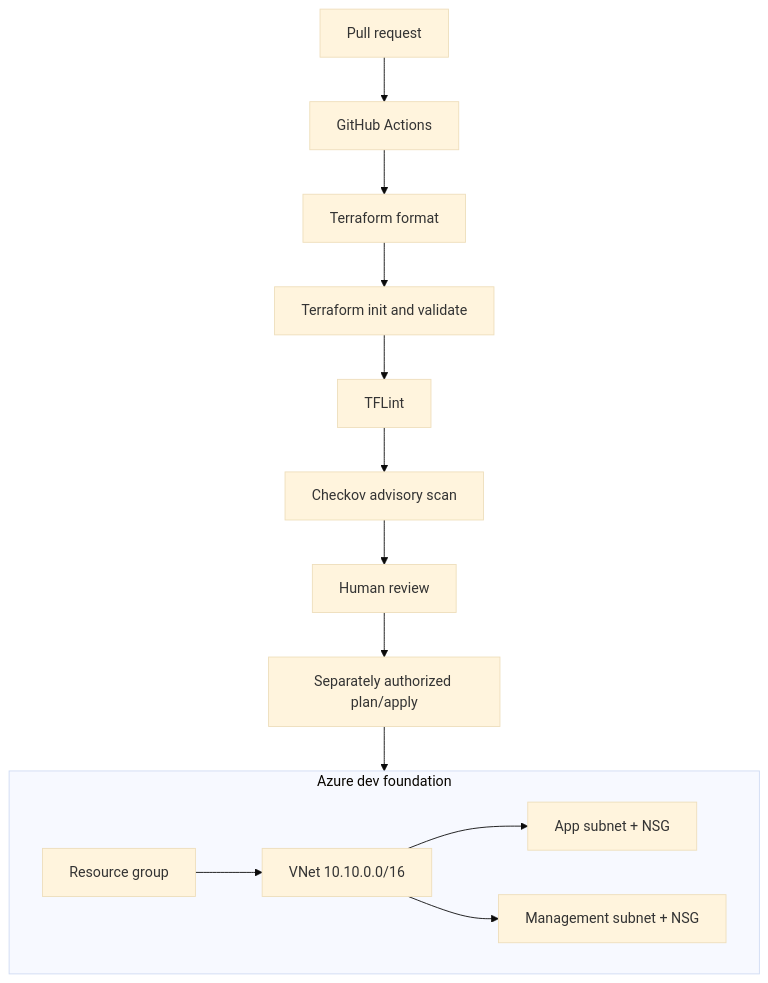
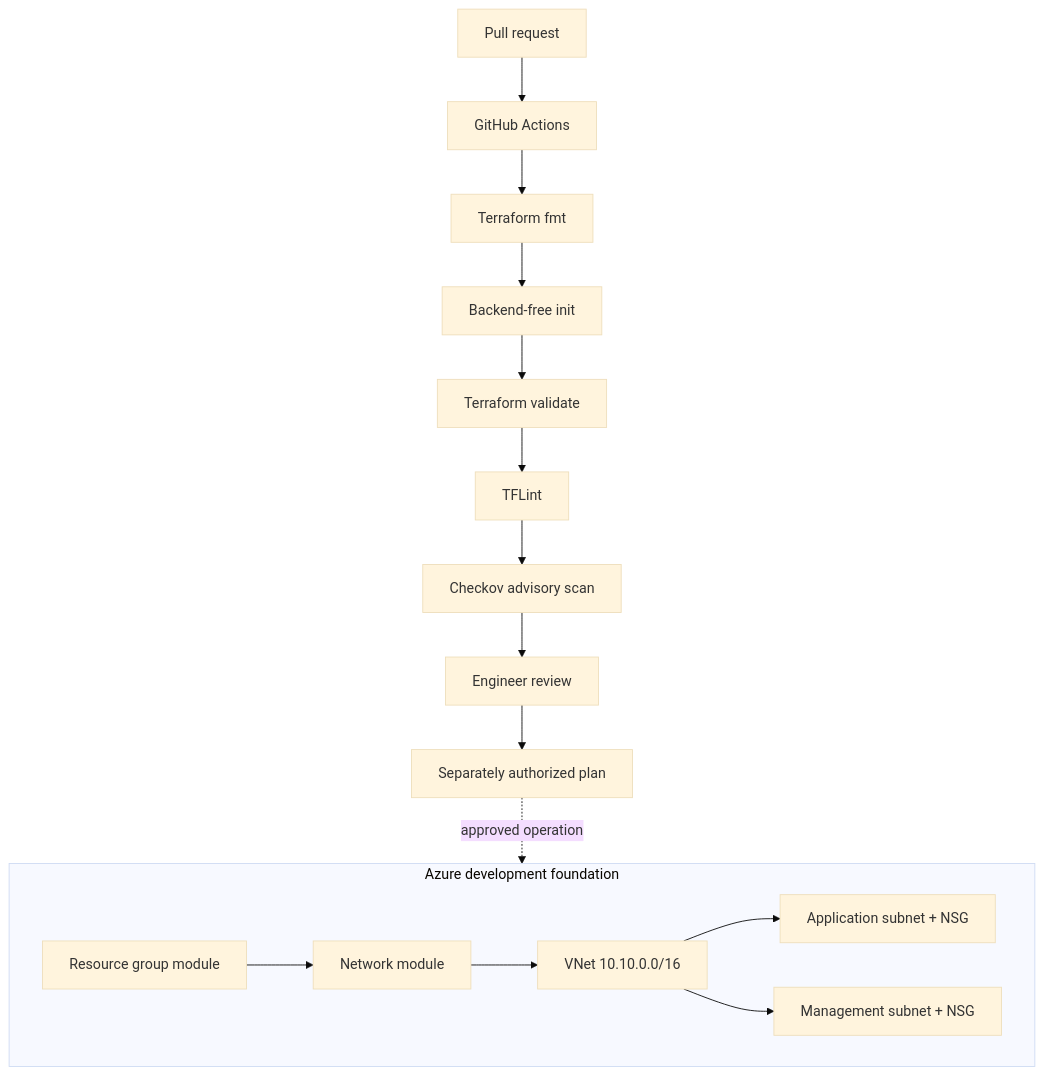
Before and after one commit to haqueamir70-coder/azure-enterprise-devsecops-platform: the diagram in README.md, drawn with Mermaid (base theme). The commit also changed other lines of this file, not shown here.

````diff
--- a/README.md
+++ b/README.md
@@ -19,20 +27,22 @@
 ```mermaid
 flowchart TB
   PR[Pull request] --> CI[GitHub Actions]
-  CI --> FMT[Terraform format]
-  FMT --> VAL[Terraform init and validate]
-  VAL --> LINT[TFLint]
-  LINT --> SCAN[Checkov advisory scan]
-  SCAN --> REVIEW[Human review]
-  REVIEW --> PLAN[Separately authorized plan/apply]
-  subgraph Azure[Azure dev foundation]
-    RG[Resource group]
+  CI --> Fmt[Terraform fmt]
+  Fmt --> Init[Backend-free init]
+  Init --> Validate[Terraform validate]
+  Validate --> Lint[TFLint]
+  Lint --> Scan[Checkov advisory scan]
+  Scan --> Review[Engineer review]
+  Review --> Plan[Separately authorized plan]
+  subgraph Azure[Azure development foundation]
+    RG[Resource group module]
+    Net[Network module]
     VNet[VNet 10.10.0.0/16]
-    App[App subnet + NSG]
+    App[Application subnet + NSG]
     Mgmt[Management subnet + NSG]
-    RG --> VNet
+    RG --> Net --> VNet
     VNet --> App
     VNet --> Mgmt
   end
-  PLAN --> Azure
+  Plan -. approved operation .-> Azure
 ```
````
